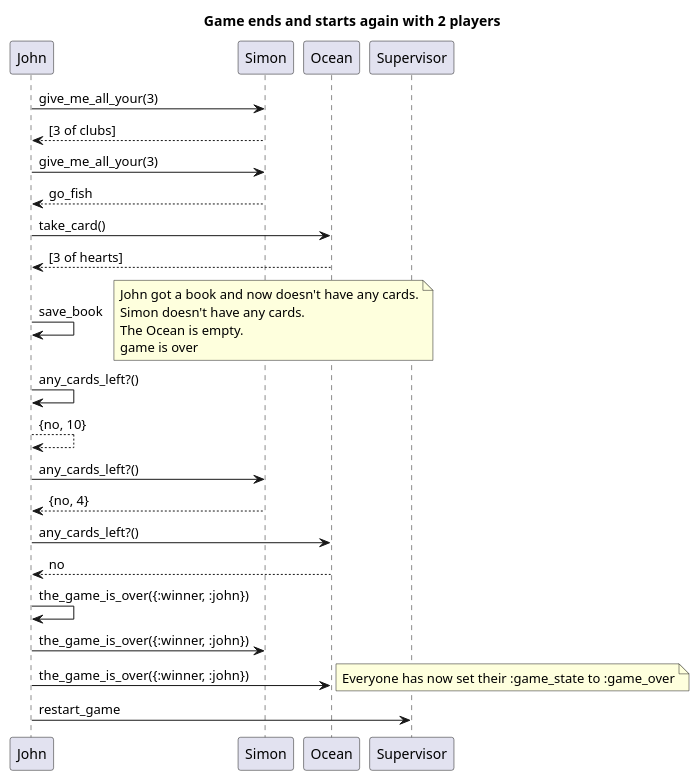
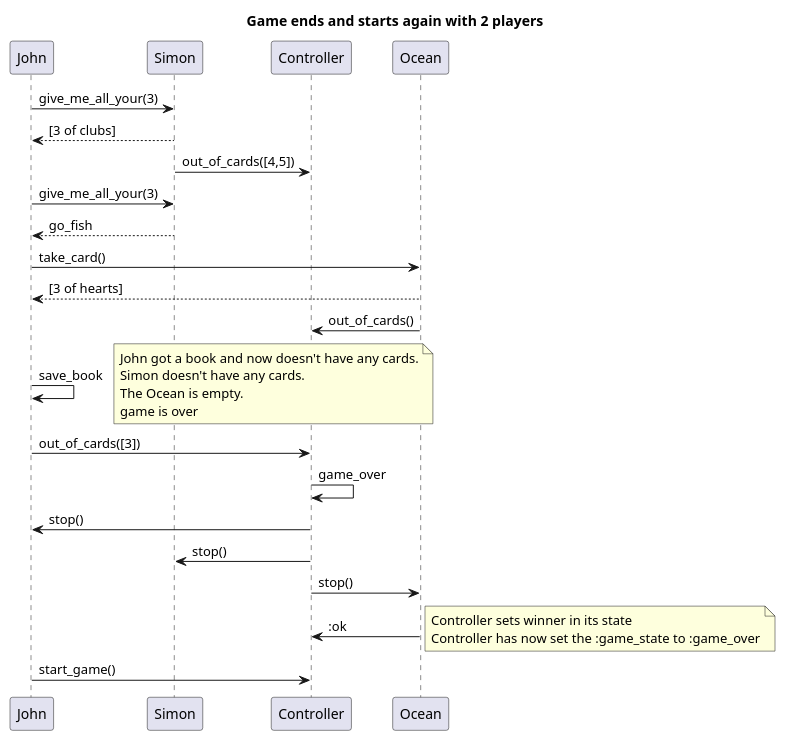
Before and after one commit to simonelnahas/go_fish: the diagram in modeling/game_ends_and_starts_again.plantuml, drawn with PlantUML. The commit also changed 5 other files, not shown here.

Commit message:
'Out of cards' state & functions

```diff
--- a/modeling/game_ends_and_starts_again.plantuml
+++ b/modeling/game_ends_and_starts_again.plantuml
@@ -1,51 +1,52 @@
 @startuml
 
 title Game ends and starts again with 2 players
 
 note right 
 Game is over when:
 - I don't have any cards
 - No cards left in Ocean
 - No one else has any cards left
 end note
 
 
 note right 
 Current state:
 John has [3 of spades, 3 of diamonds]
 Simon has [3 of clubs]
 Ocean has [3 of hearts]
 end note
 
 John -> Simon: give_me_all_your(3)
 Simon --> John: [3 of clubs]
+Simon -> Controller: out_of_cards([4,5])
 John -> Simon: give_me_all_your(3)
 Simon --> John: go_fish
 John -> Ocean: take_card()
 Ocean --> John: [3 of hearts]
+Ocean -> Controller: out_of_cards()
 John -> John: save_book
 note right 
 John got a book and now doesn't have any cards.
 Simon doesn't have any cards.
 The Ocean is empty.
 game is over
 end note
 
-John -> John: any_cards_left?()
-John --> John: {no, 10}
-John -> Simon: any_cards_left?()
-Simon --> John: {no, 4}
-John -> Ocean: any_cards_left?()
-Ocean --> John: no
-John -> John: the_game_is_over({:winner, :john})
-John -> Simon: the_game_is_over({:winner, :john})
-John -> Ocean: the_game_is_over({:winner, :john})
+John -> Controller: out_of_cards([3])
+Controller -> Controller: game_over
+Controller -> John: stop()
+Controller -> Simon: stop()
+Controller -> Ocean: stop()
+Ocean -> Controller: :ok
 
-note right 
-    Everyone has now set their :game_state to :game_over
+
+note right
+    Controller sets winner in its state
+    Controller has now set the :game_state to :game_over
 end note
 
-John -> Supervisor: restart_game
+John -> Controller: start_game()
 
 
 @enduml
```
